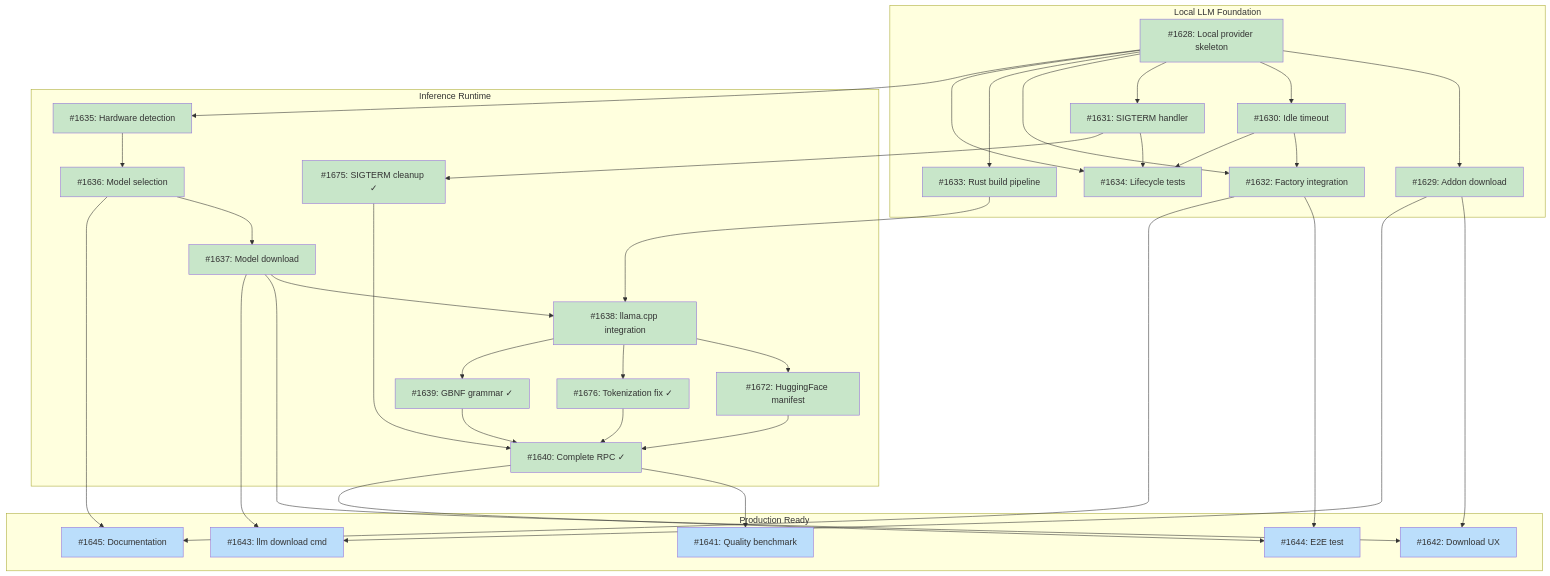
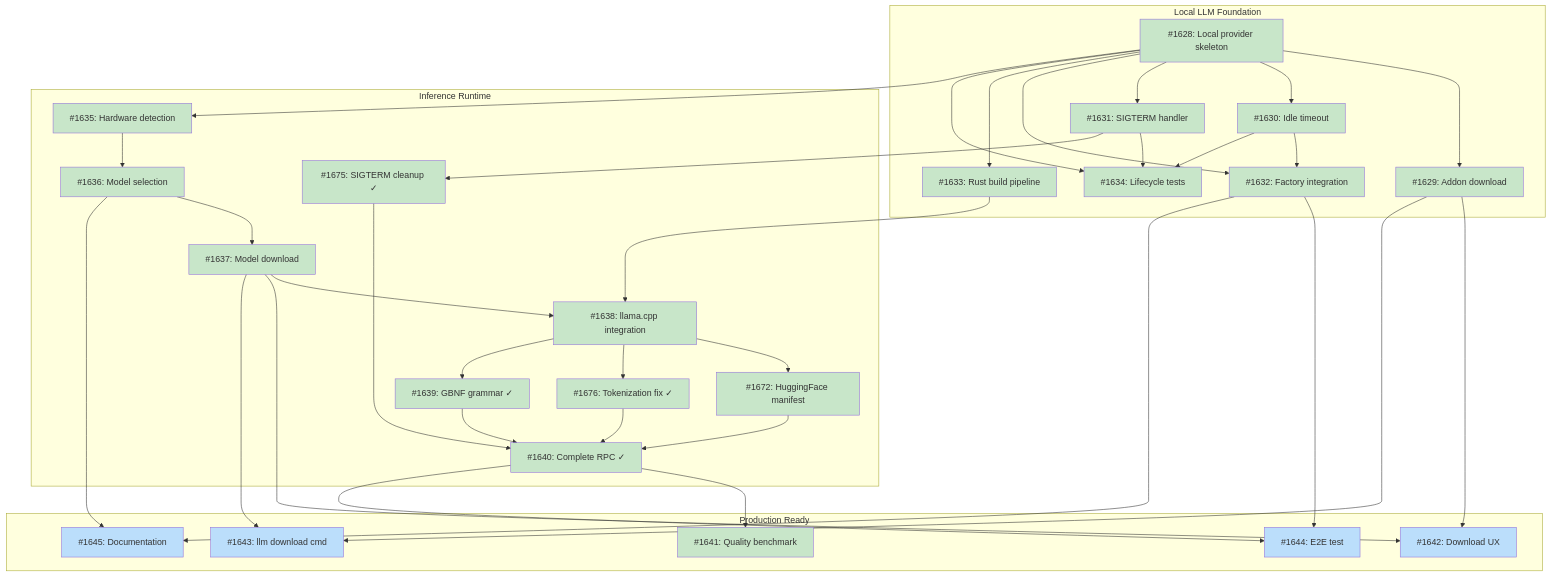
The diagram in docs/designs/DESIGN-local-llm-runtime.md (tsukumogami/tsuku), drawn with Mermaid before and after one commit. The commit also changed other lines of this file and 1 other file, not shown here.

Commit message:
docs(design): mark #1641 as done in local-llm-runtime design doc

````diff
--- a/docs/designs/DESIGN-local-llm-runtime.md
+++ b/docs/designs/DESIGN-local-llm-runtime.md
@@ -80,72 +80,72 @@
 ```mermaid
 graph TD
     subgraph M1["Local LLM Foundation"]
         I1628["#1628: Local provider skeleton"]
         I1629["#1629: Addon download"]
         I1630["#1630: Idle timeout"]
         I1631["#1631: SIGTERM handler"]
         I1632["#1632: Factory integration"]
         I1633["#1633: Rust build pipeline"]
         I1634["#1634: Lifecycle tests"]
     end
 
     subgraph M2["Inference Runtime"]
         I1635["#1635: Hardware detection"]
         I1636["#1636: Model selection"]
         I1637["#1637: Model download"]
         I1638["#1638: llama.cpp integration"]
         I1672["#1672: HuggingFace manifest"]
         I1675["#1675: SIGTERM cleanup ✓"]
         I1676["#1676: Tokenization fix ✓"]
         I1639["#1639: GBNF grammar ✓"]
         I1640["#1640: Complete RPC ✓"]
     end
 
     subgraph M3["Production Ready"]
         I1641["#1641: Quality benchmark"]
         I1642["#1642: Download UX"]
         I1643["#1643: llm download cmd"]
         I1644["#1644: E2E test"]
         I1645["#1645: Documentation"]
     end
 
     I1628 --> I1629
     I1628 --> I1630
     I1628 --> I1631
     I1628 --> I1632
     I1630 --> I1632
     I1628 --> I1633
     I1628 --> I1634
     I1630 --> I1634
     I1631 --> I1634
     I1628 --> I1635
     I1635 --> I1636
     I1636 --> I1637
     I1633 --> I1638
     I1637 --> I1638
     I1638 --> I1672
     I1631 --> I1675
     I1638 --> I1676
     I1638 --> I1639
     I1672 --> I1640
     I1675 --> I1640
     I1676 --> I1640
     I1639 --> I1640
     I1640 --> I1641
     I1629 --> I1642
     I1637 --> I1642
     I1629 --> I1643
     I1637 --> I1643
     I1640 --> I1644
     I1632 --> I1644
     I1632 --> I1645
     I1636 --> I1645
 
     classDef done fill:#c8e6c9
     classDef ready fill:#bbdefb
     classDef blocked fill:#fff9c4
     classDef needsDesign fill:#e1bee7
 
-    class I1628,I1629,I1630,I1631,I1632,I1633,I1634,I1635,I1636,I1637,I1638,I1672,I1675,I1676,I1639,I1640 done
-    class I1641,I1642,I1643,I1644,I1645 ready
+    class I1628,I1629,I1630,I1631,I1632,I1633,I1634,I1635,I1636,I1637,I1638,I1672,I1675,I1676,I1639,I1640,I1641 done
+    class I1642,I1643,I1644,I1645 ready
 ```
````
